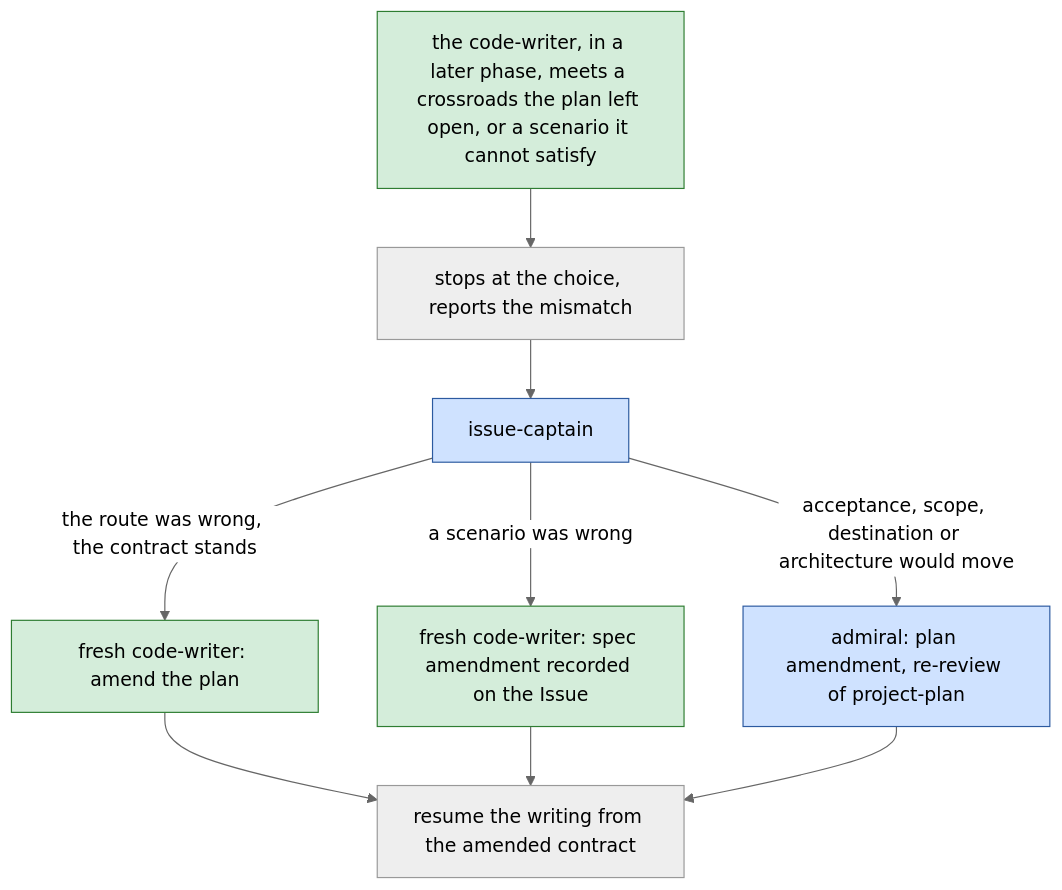
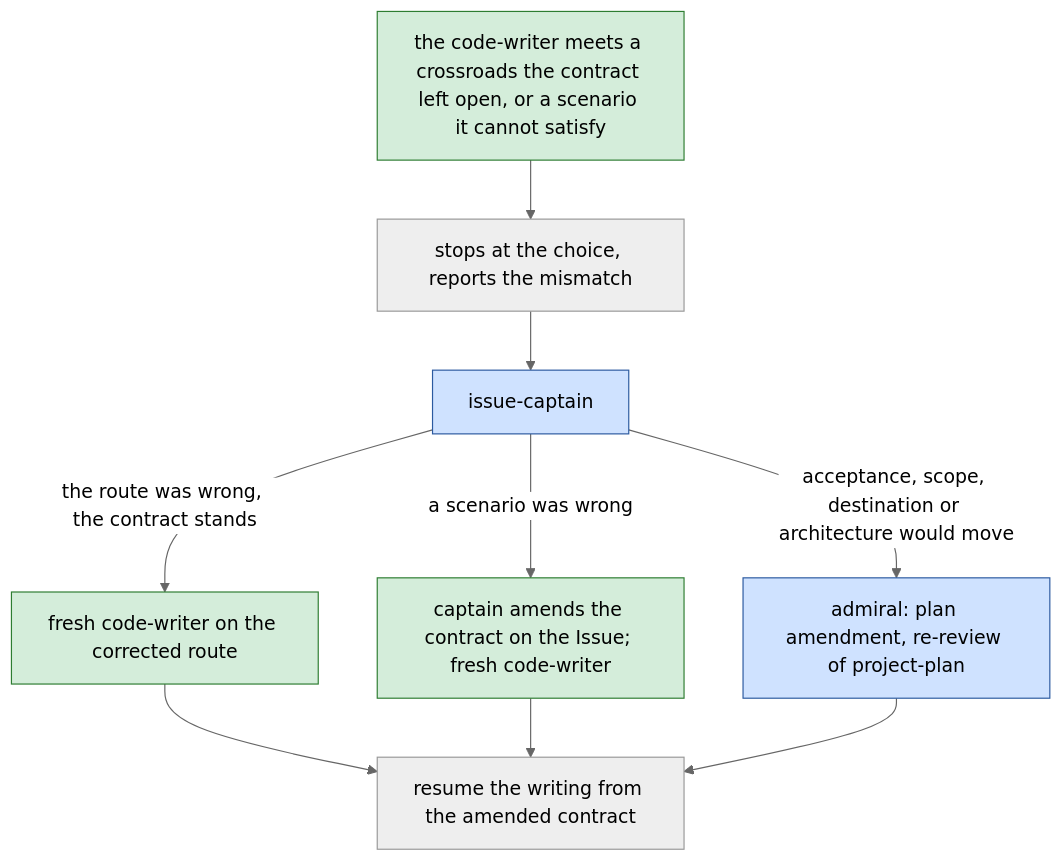
Before and after one commit to bodnarbalazs/dydo: the seventh of 12 diagrams in dydo/understand/control-flow.md, drawn with Mermaid (neutral theme). The commit also changed other lines of this file and 21 other files, not shown here.

First line of the commit message:
DYD-230 implement: rewrite code-writer to TDD by Type with checkable red and no refactor phase

````diff
--- a/dydo/understand/control-flow.md
+++ b/dydo/understand/control-flow.md
@@ -485,13 +485,13 @@
 ```mermaid
 flowchart TD
   classDef crew fill:#d4edda,stroke:#2e7d32,color:#000
   classDef officer fill:#cfe2ff,stroke:#2c5aa0,color:#000
-  IM[the code-writer, in a later phase, meets a crossroads the plan left open, or a scenario it cannot satisfy]:::crew --> ST[stops at the choice, reports the mismatch]
+  IM[the code-writer meets a crossroads the contract left open, or a scenario it cannot satisfy]:::crew --> ST[stops at the choice, reports the mismatch]
   ST --> IC[issue-captain]:::officer
-  IC -->|the route was wrong, the contract stands| SP[fresh code-writer: amend the plan]:::crew
-  IC -->|a scenario was wrong| SP2[fresh code-writer: spec amendment recorded on the Issue]:::crew
+  IC -->|the route was wrong, the contract stands| SP[fresh code-writer on the corrected route]:::crew
+  IC -->|a scenario was wrong| SP2[captain amends the contract on the Issue; fresh code-writer]:::crew
   IC -->|acceptance, scope, destination or architecture would move| AD[admiral: plan amendment, re-review of project-plan]:::officer
   SP --> RES[resume the writing from the amended contract]
   SP2 --> RES
   AD --> RES
 ```
````
